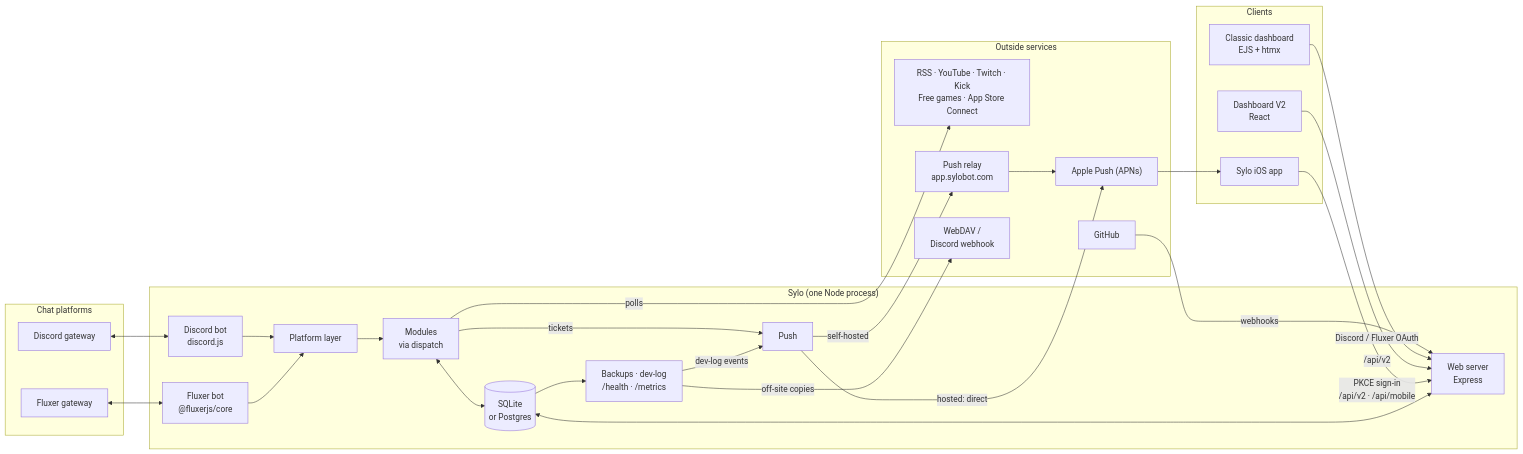
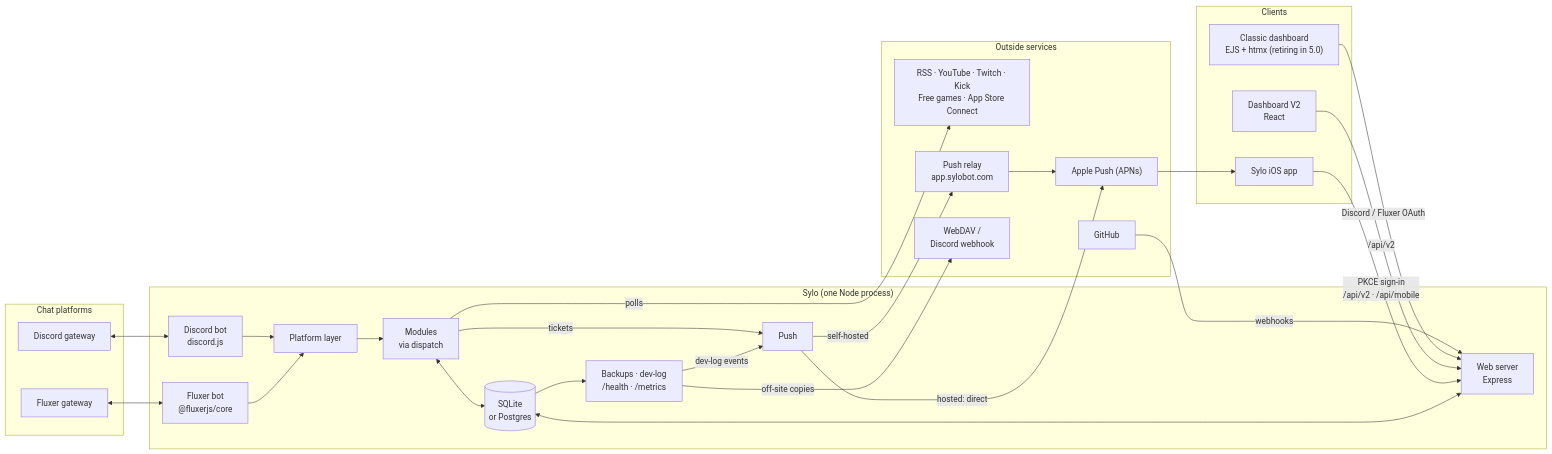
One commit to Ferdinand99/Sylo changed the diagram in README.md. Above: the diagram before and after it, drawn with Mermaid. The commit also changed other lines of this file and 120 other files, not shown here.

Commit message:
feat: the new dashboard is the default (classic retires in 5.0) (#289)

````diff
--- a/README.md
+++ b/README.md
@@ -78,56 +78,56 @@
 ```mermaid
 flowchart LR
   subgraph platforms["Chat platforms"]
     DG["Discord gateway"]
     FG["Fluxer gateway"]
   end
 
   subgraph sylo["Sylo (one Node process)"]
     DBOT["Discord bot<br/>discord.js"]
     FBOT["Fluxer bot<br/>@fluxerjs/core"]
     PL["Platform layer"]
     MOD["Modules<br/>via dispatch"]
     DATA[("SQLite<br/>or Postgres")]
     WEB["Web server<br/>Express"]
     PUSH["Push"]
     OPS["Backups · dev-log<br/>/health · /metrics"]
   end
 
   subgraph clients["Clients"]
-    V1["Classic dashboard<br/>EJS + htmx"]
+    V1["Classic dashboard<br/>EJS + htmx (retiring in 5.0)"]
     V2["Dashboard V2<br/>React"]
     IOS["Sylo iOS app"]
   end
 
   subgraph outside["Outside services"]
     FEEDS["RSS · YouTube · Twitch · Kick<br/>Free games · App Store Connect"]
     GH["GitHub"]
     RELAY["Push relay<br/>app.sylobot.com"]
     APNS["Apple Push (APNs)"]
     OFF["WebDAV /<br/>Discord webhook"]
   end
 
   DG <--> DBOT
   FG <--> FBOT
   DBOT --> PL
   FBOT --> PL
   PL --> MOD
   MOD <--> DATA
   WEB <--> DATA
   MOD -->|polls| FEEDS
   GH -->|webhooks| WEB
 
   V1 -->|"Discord / Fluxer OAuth"| WEB
   V2 -->|"/api/v2"| WEB
   IOS -->|"PKCE sign-in<br/>/api/v2 · /api/mobile"| WEB
 
   MOD -->|tickets| PUSH
   OPS -->|"dev-log events"| PUSH
   PUSH -->|hosted: direct| APNS
   PUSH -->|self-hosted| RELAY
   RELAY --> APNS
   APNS --> IOS
 
   DATA --> OPS
   OPS -->|"off-site copies"| OFF
 ```
````
